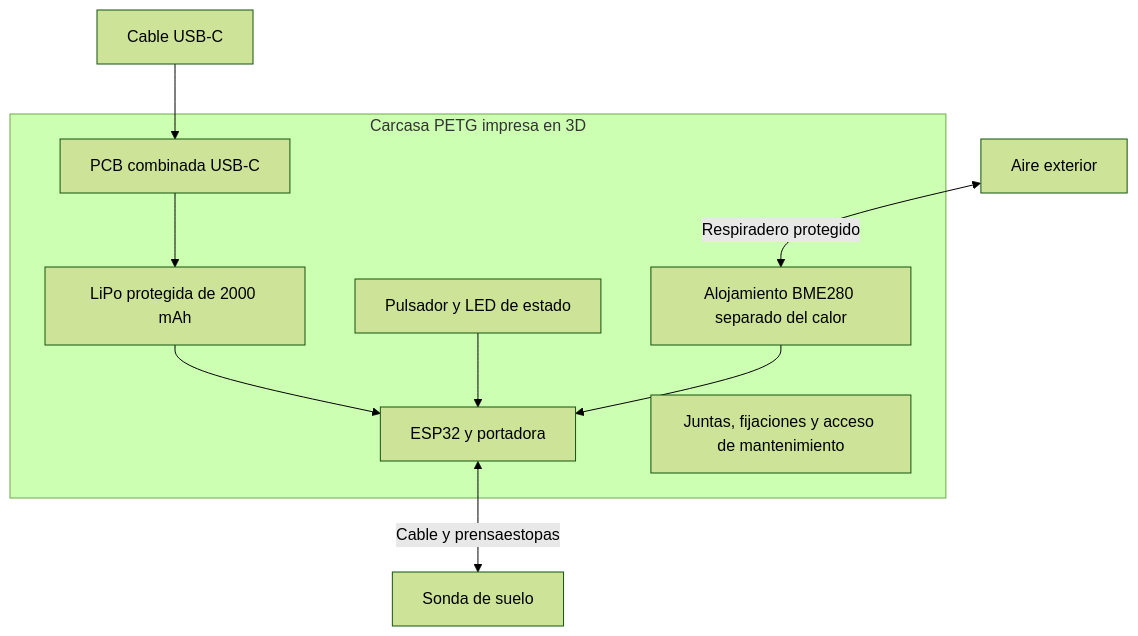
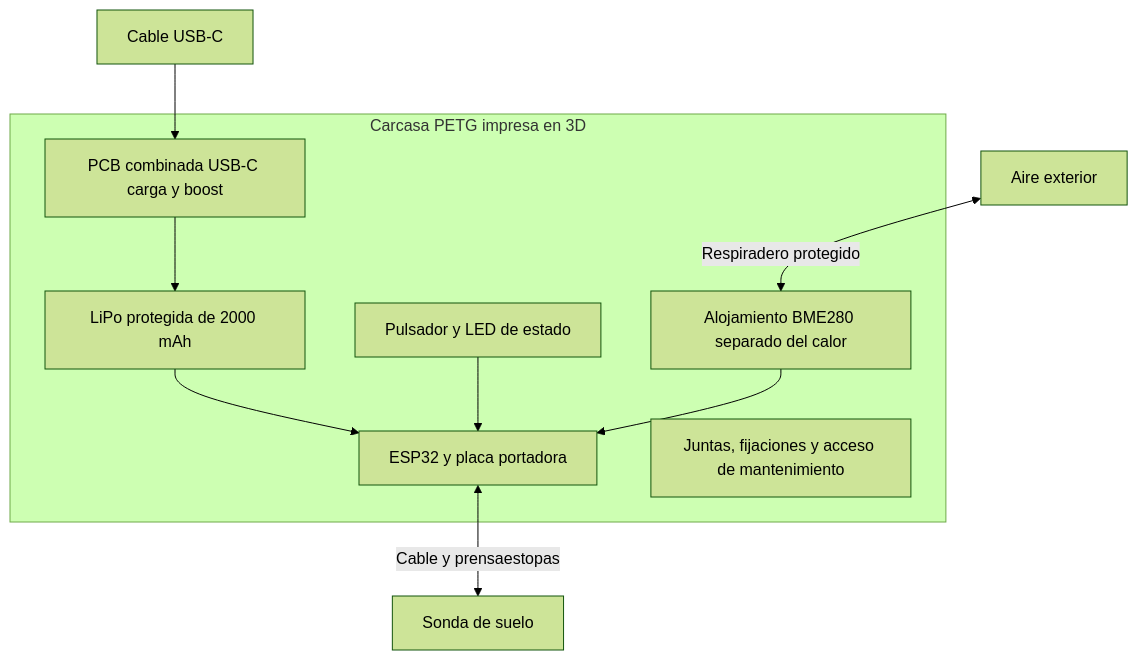
One commit to Alvarinhoooo7/TerraSence changed the tenth of 11 diagrams in docs/INFORME 1 .docx.md. Above: the diagram before and after it, drawn with Mermaid (forest theme). The commit also changed other lines of this file and 12 other files, not shown here.

````diff
--- a/docs/INFORME 1 .docx.md
+++ b/docs/INFORME 1 .docx.md
@@ -406,18 +1193,18 @@
 ```mermaid
 flowchart TB
     subgraph C[Carcasa PETG impresa en 3D]
         U[Pulsador y LED de estado]
-        E[ESP32 y portadora]
-        P[PCB combinada USB-C]
+        E[ESP32 y placa portadora]
+        P[PCB combinada USB-C carga y boost]
         L[LiPo protegida de 2000 mAh]
         B[Alojamiento BME280 separado del calor]
         J[Juntas, fijaciones y acceso de mantenimiento]
     end
     A[Aire exterior] <-->|Respiradero protegido| B
     USB[Cable USB-C] --> P
     P --> L
     L --> E
     U --> E
     B --> E
     E <-->|Cable y prensaestopas| S[Sonda de suelo]
 ```
````
